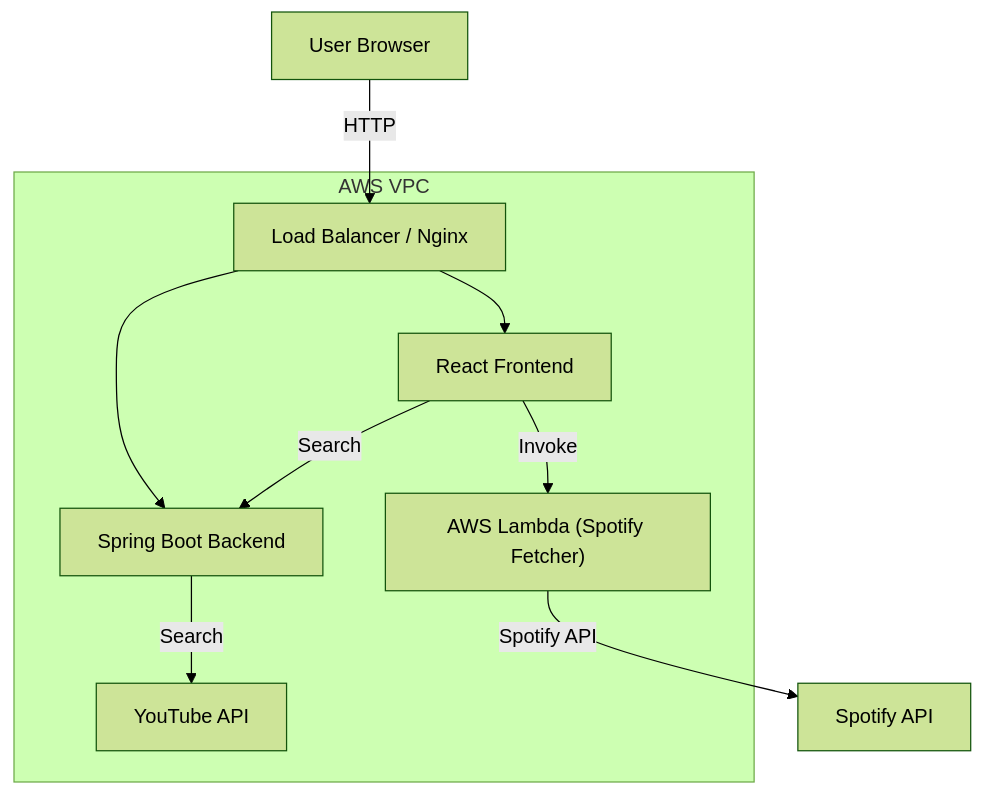
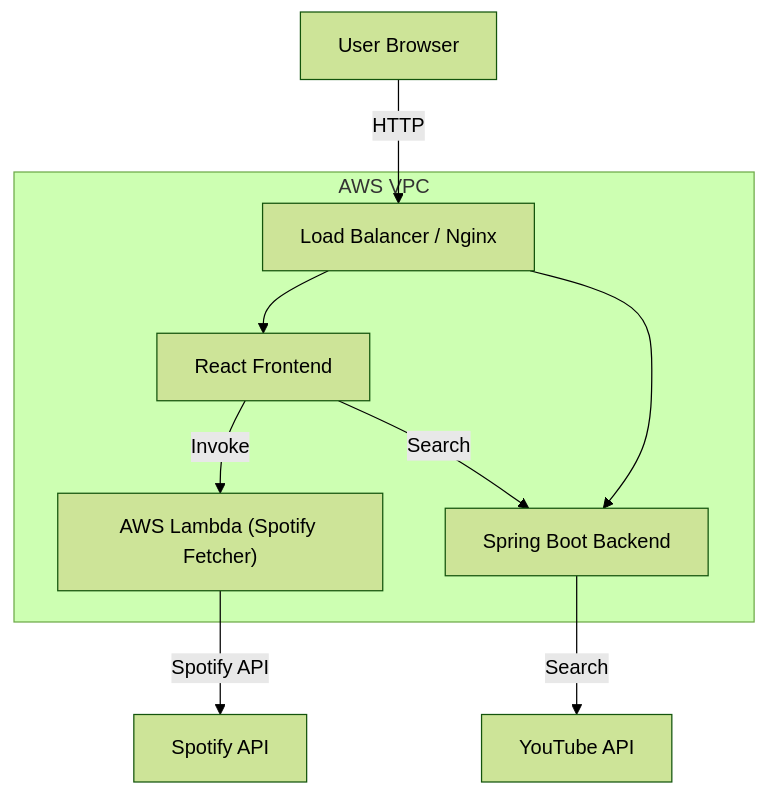
Before and after one commit to barispolatt/Spotify-Youtube-List-Converter: the diagram in README.md, drawn with Mermaid (forest theme).

````diff
--- a/README.md
+++ b/README.md
@@ -31,20 +31,20 @@
 ```mermaid
 graph TD
     User[User Browser]
     
     subgraph AWS VPC
         LB["Load Balancer / Nginx"]
         Frontend["React Frontend"]
         Backend["Spring Boot Backend"]
         Lambda["AWS Lambda (Spotify Fetcher)"]
-        DB["YouTube API"]
     end
+    DB["YouTube API"]
 
     User -->|HTTP| LB
     LB --> Frontend
     LB --> Backend
     Frontend -->|Invoke| Lambda
     Frontend -->|Search| Backend
     Backend -->|Search| DB
     Lambda -->|Spotify API| Spotify[Spotify API]
 ```
````
